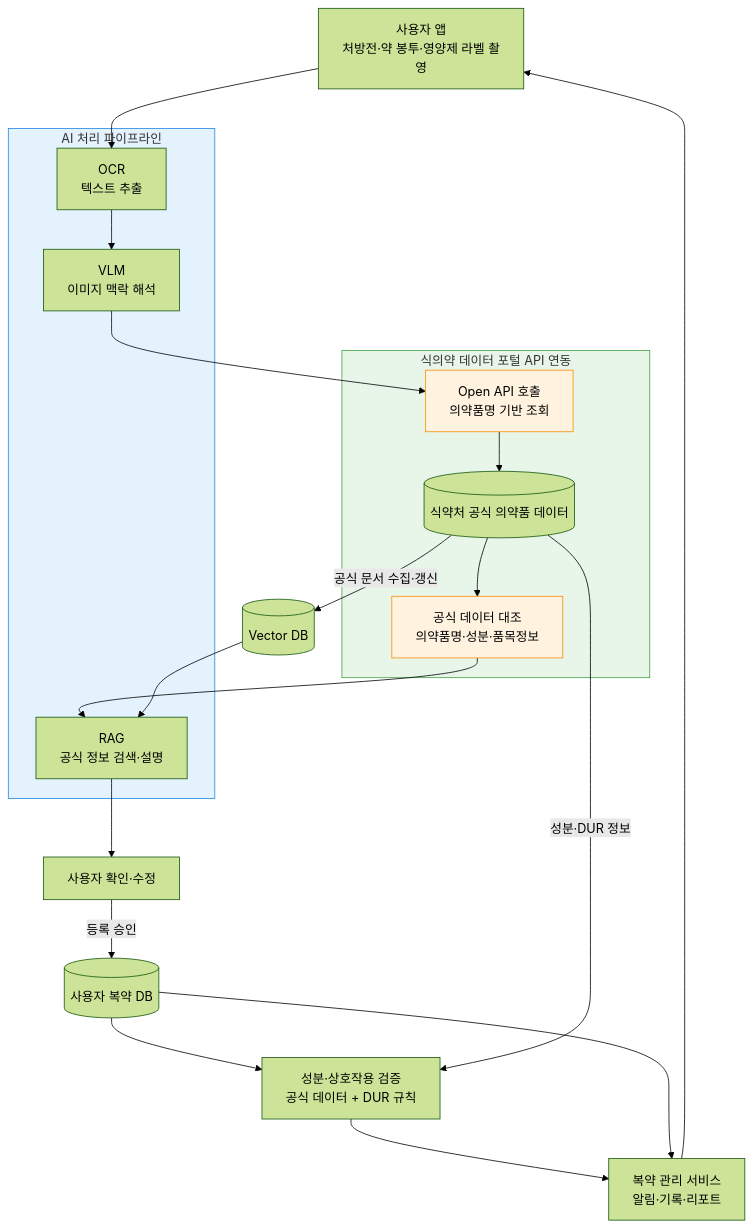
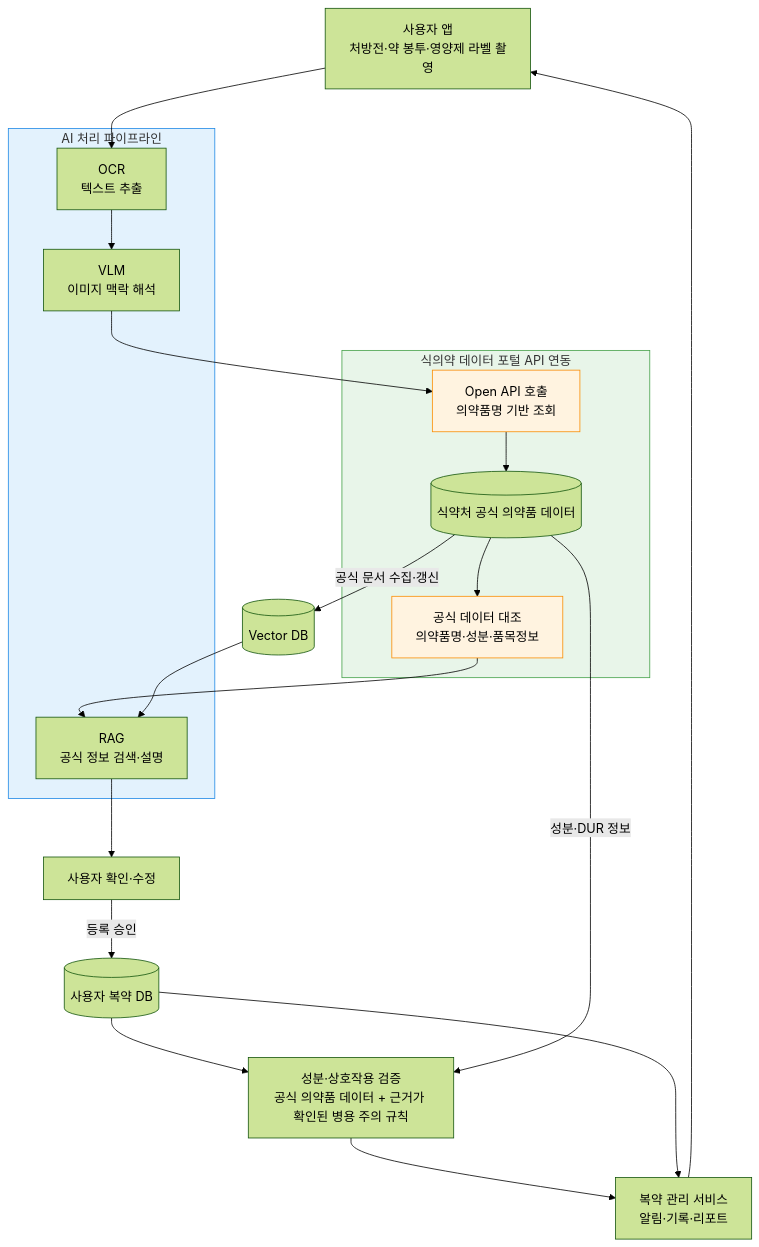
The diagram in README.md (codyssey-seungmin/E2-1), drawn with Mermaid (forest theme) before and after one commit. The commit also changed other lines of this file, not shown here.

````diff
--- a/README.md
+++ b/README.md
@@ -81,44 +82,44 @@
 ```mermaid
 flowchart TD
     A["사용자 앱<br/>처방전·약 봉투·영양제 라벨 촬영"]
 
     subgraph AI["AI 처리 파이프라인"]
         B["OCR<br/>텍스트 추출"]
         C["VLM<br/>이미지 맥락 해석"]
         D["RAG<br/>공식 정보 검색·설명"]
         B --> C
     end
 
     subgraph API["식의약 데이터 포털 API 연동"]
         J["Open API 호출<br/>의약품명 기반 조회"]
         E[("식약처 공식 의약품 데이터")]
         K["공식 데이터 대조<br/>의약품명·성분·품목정보"]
         J --> E
         E --> K
     end
 
     V[("Vector DB")]
     F["사용자 확인·수정"]
     G[("사용자 복약 DB")]
-    H["성분·상호작용 검증<br/>공식 데이터 + DUR 규칙"]
+    H["성분·상호작용 검증<br/>공식 의약품 데이터 + 근거가 확인된 병용 주의 규칙"]
     I["복약 관리 서비스<br/>알림·기록·리포트"]
 
     A --> B
     C --> J
     K --> D
     E -->|공식 문서 수집·갱신| V
     V --> D
     D --> F
     F -->|등록 승인| G
     G --> H
     E -->|성분·DUR 정보| H
     H --> I
     G --> I
     I --> A
 
     style API fill:#E8F5E9,stroke:#43A047
     style AI fill:#E3F2FD,stroke:#1E88E5
     style J fill:#FFF3E0,stroke:#FB8C00
     style K fill:#FFF3E0,stroke:#FB8C00
 
 ```
````
